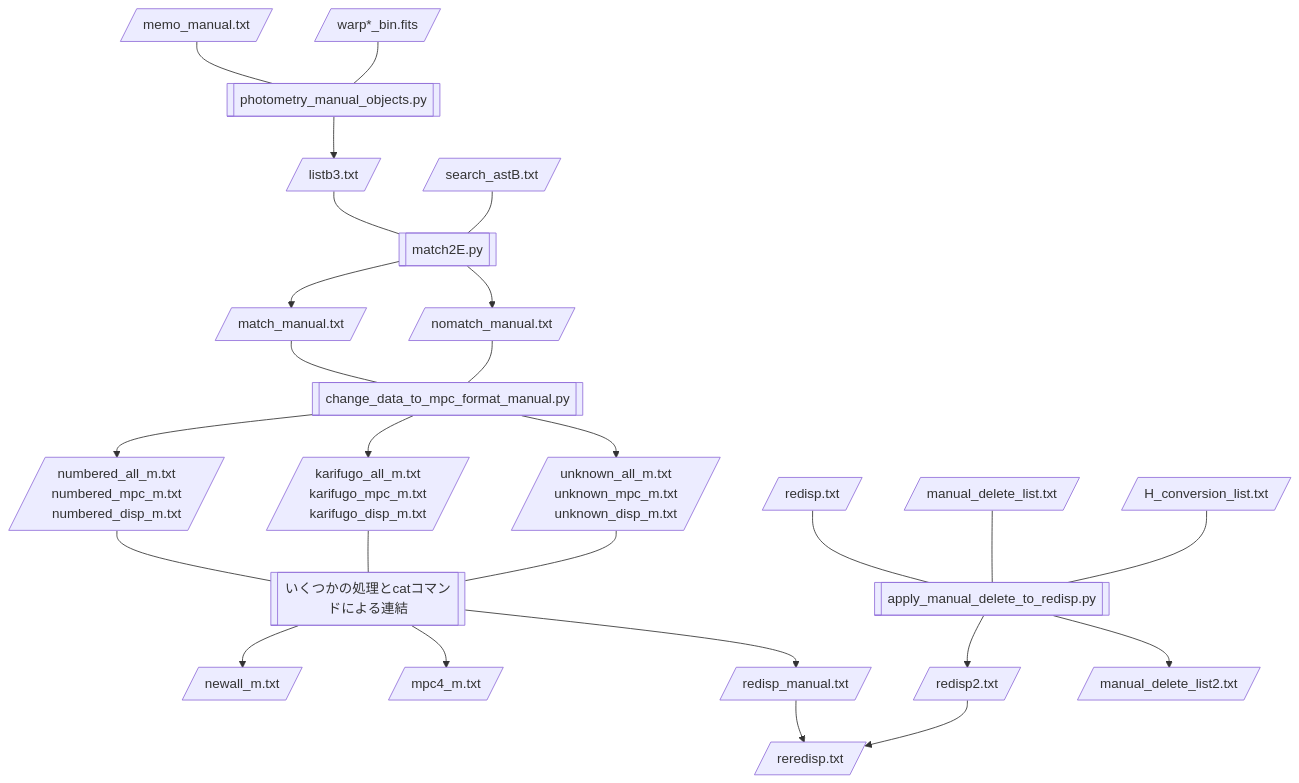
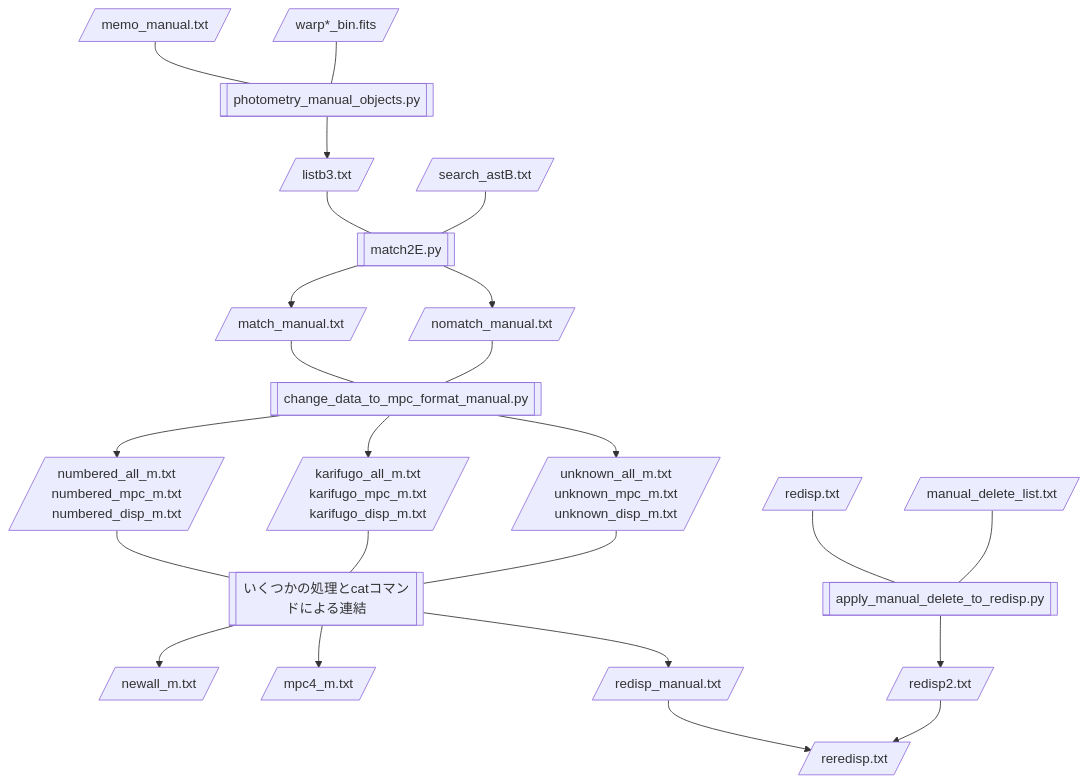
The diagram in flowcharts/flowchart6-AstsearchR_after_manual.md (COIAS-program/COIAS_program_github), drawn with Mermaid before and after one commit. The commit also changed 1 other file, not shown here.

Commit message:
src8: 手動測定モードで削除した自動測定点を反映する処理において、H番号付け替えのための処理を削除した

```````diff
--- a/flowcharts/flowchart6-AstsearchR_after_manual.md
+++ b/flowcharts/flowchart6-AstsearchR_after_manual.md
@@ -3,28 +3,26 @@
 ```mermaid
 flowchart TD
     A[/memo_manual.txt/] --- B[[photometry_manual_objects.py]]
     C[/warp*_bin.fits/] --- B
     B --> D[/listb3.txt/]
     D --- E[[match2E.py]]
     F[/search_astB.txt/] --- E
     E --> G[/match_manual.txt/]
     E --> H[/nomatch_manual.txt/]
     G --- I[[change_data_to_mpc_format_manual.py]]
     H --- I
     I --> J[/numbered_all_m.txt<br>numbered_mpc_m.txt<br>numbered_disp_m.txt/]
     I --> K[/karifugo_all_m.txt<br>karifugo_mpc_m.txt<br>karifugo_disp_m.txt/]
     I --> L[/unknown_all_m.txt<br>unknown_mpc_m.txt<br>unknown_disp_m.txt/]
     J --- M[[いくつかの処理とcatコマンドによる連結]]
     K --- M
     L --- M
     M --> R[/newall_m.txt/]
     M --> S[/mpc4_m.txt/]
     M --> T[/redisp_manual.txt/]
     T --> V[/reredisp.txt/]
     W[/redisp.txt/] --- X[[apply_manual_delete_to_redisp.py]]
     Y[/manual_delete_list.txt/] --- X
-    Z[/H_conversion_list.txt/] --- X
     X --> a[/redisp2.txt/]
-    X --> b[/manual_delete_list2.txt/]
     a --> V
 ``````
```````
